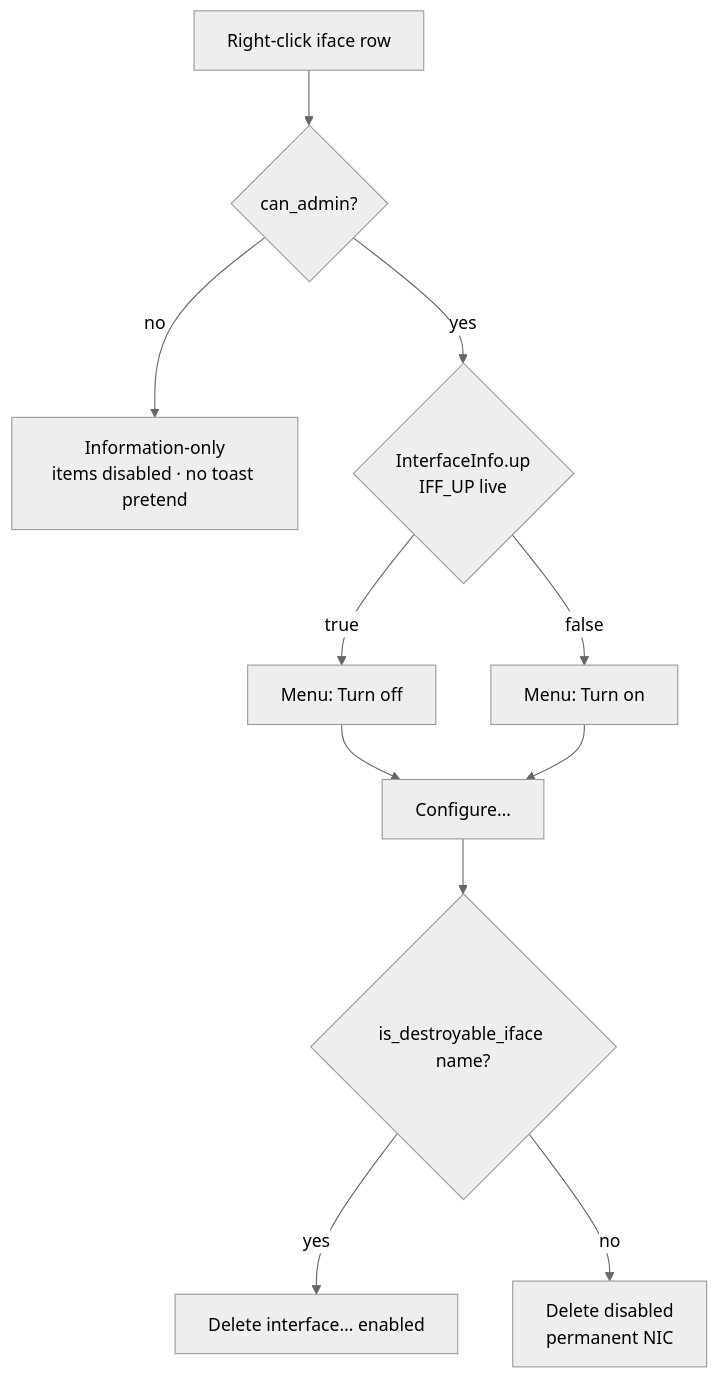
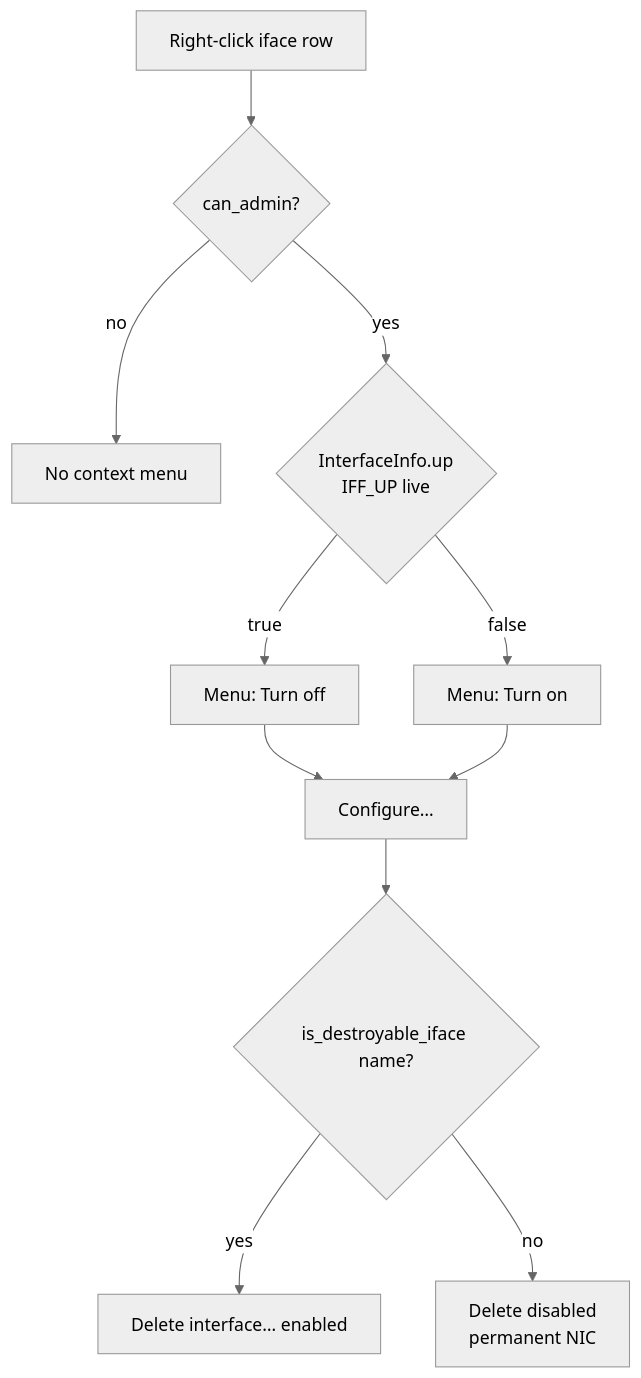
One commit to revytechinc/wf-shell changed the fourth of 6 diagrams in docs/network-control/PLAN.md. Above: the diagram before and after it, drawn with Mermaid (neutral theme). The commit also changed 1 other file, not shown here.

Commit message:
network: only preventDefault when context menu actually opens
Complete empty-menu skip: browser menu only suppressed when we show
actions; docs mermaid notes no menu when nothing is actionable.

````diff
--- a/docs/network-control/PLAN.md
+++ b/docs/network-control/PLAN.md
@@ -228,13 +228,13 @@
 ```mermaid
 flowchart TB
   RC[Right-click iface row] --> ADM{can_admin?}
-  ADM -->|no| RO[Information-only<br/>items disabled · no toast pretend]
+  ADM -->|no| RO[No context menu]
   ADM -->|yes| ST{InterfaceInfo.up<br/>IFF_UP live}
   ST -->|true| OFF[Menu: Turn off]
   ST -->|false| ON[Menu: Turn on]
   OFF --> CFG[Configure…]
   ON --> CFG
   CFG --> DES{is_destroyable_iface name?}
   DES -->|yes| DEL[Delete interface… enabled]
   DES -->|no| NOD[Delete disabled<br/>permanent NIC]
 ```
````
